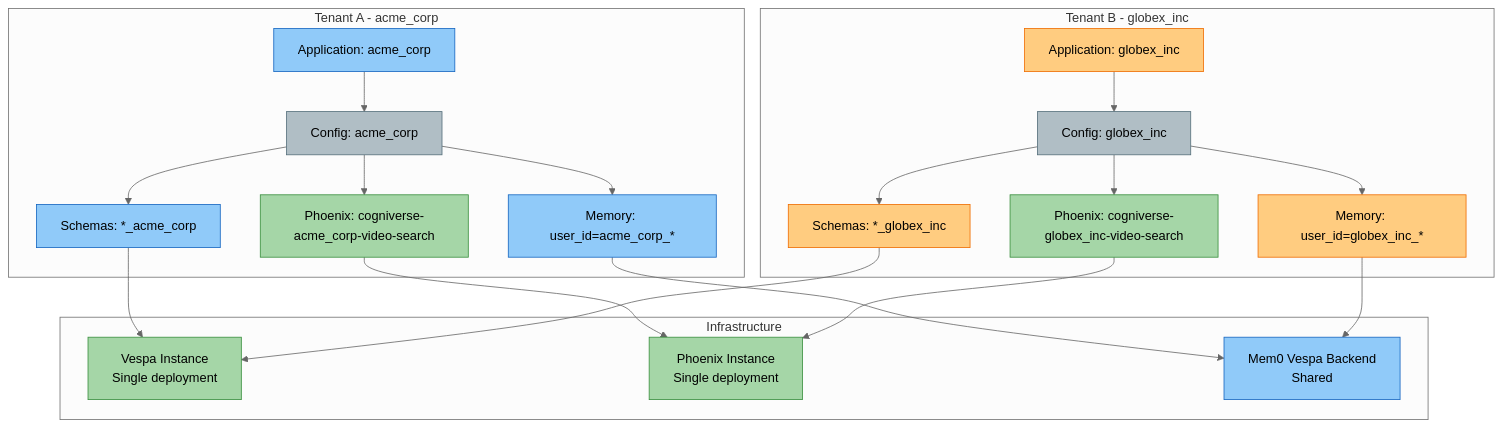
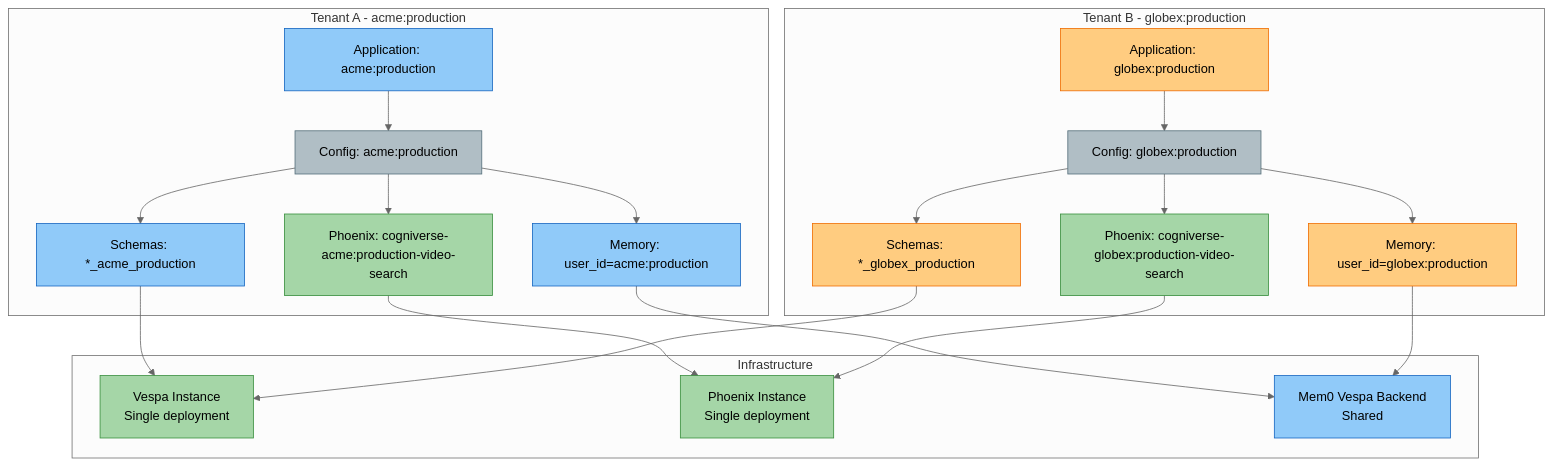
Before and after one commit to amit-jain/cogniverse: diagram 16 of 21 in docs/diagrams/multi-tenant-diagrams.md, drawn with Mermaid (neutral theme). The commit also changed other lines of this file and 50 other files, not shown here.

First line of the commit message:
Complete and verify docs against code with mermaid palette

````diff
--- a/docs/diagrams/multi-tenant-diagrams.md
+++ b/docs/diagrams/multi-tenant-diagrams.md
@@ -696,55 +712,55 @@
 ```mermaid
 flowchart TB
     subgraph "Infrastructure"
         Vespa["<span style='color:#000'>Vespa Instance<br/>Single deployment</span>"]
         Phoenix["<span style='color:#000'>Phoenix Instance<br/>Single deployment</span>"]
         Mem0Backend["<span style='color:#000'>Mem0 Vespa Backend<br/>Shared</span>"]
     end
 
-    subgraph "Tenant A - acme_corp"
-        AppA["<span style='color:#000'>Application: acme_corp</span>"]
-        ConfigA["<span style='color:#000'>Config: acme_corp</span>"]
-        SchemasA["<span style='color:#000'>Schemas: *_acme_corp</span>"]
-        ProjectA["<span style='color:#000'>Phoenix: cogniverse-acme_corp-video-search</span>"]
-        MemoryA["<span style='color:#000'>Memory: user_id=acme_corp_*</span>"]
+    subgraph "Tenant A - acme:production"
+        AppA["<span style='color:#000'>Application: acme:production</span>"]
+        ConfigA["<span style='color:#000'>Config: acme:production</span>"]
+        SchemasA["<span style='color:#000'>Schemas: *_acme_production</span>"]
+        ProjectA["<span style='color:#000'>Phoenix: cogniverse-acme:production-video-search</span>"]
+        MemoryA["<span style='color:#000'>Memory: user_id=acme:production</span>"]
     end
 
-    subgraph "Tenant B - globex_inc"
-        AppB["<span style='color:#000'>Application: globex_inc</span>"]
-        ConfigB["<span style='color:#000'>Config: globex_inc</span>"]
-        SchemasB["<span style='color:#000'>Schemas: *_globex_inc</span>"]
-        ProjectB["<span style='color:#000'>Phoenix: cogniverse-globex_inc-video-search</span>"]
-        MemoryB["<span style='color:#000'>Memory: user_id=globex_inc_*</span>"]
+    subgraph "Tenant B - globex:production"
+        AppB["<span style='color:#000'>Application: globex:production</span>"]
+        ConfigB["<span style='color:#000'>Config: globex:production</span>"]
+        SchemasB["<span style='color:#000'>Schemas: *_globex_production</span>"]
+        ProjectB["<span style='color:#000'>Phoenix: cogniverse-globex:production-video-search</span>"]
+        MemoryB["<span style='color:#000'>Memory: user_id=globex:production</span>"]
     end
 
     AppA --> ConfigA
     ConfigA --> SchemasA
     ConfigA --> ProjectA
     ConfigA --> MemoryA
 
     AppB --> ConfigB
     ConfigB --> SchemasB
     ConfigB --> ProjectB
     ConfigB --> MemoryB
 
     SchemasA --> Vespa
     SchemasB --> Vespa
     ProjectA --> Phoenix
     ProjectB --> Phoenix
     MemoryA --> Mem0Backend
     MemoryB --> Mem0Backend
 
     style Vespa fill:#a5d6a7,stroke:#388e3c,color:#000
     style Phoenix fill:#a5d6a7,stroke:#388e3c,color:#000
     style Mem0Backend fill:#90caf9,stroke:#1565c0,color:#000
     style AppA fill:#90caf9,stroke:#1565c0,color:#000
     style ConfigA fill:#b0bec5,stroke:#546e7a,color:#000
     style SchemasA fill:#90caf9,stroke:#1565c0,color:#000
     style ProjectA fill:#a5d6a7,stroke:#388e3c,color:#000
     style MemoryA fill:#90caf9,stroke:#1565c0,color:#000
     style AppB fill:#ffcc80,stroke:#ef6c00,color:#000
     style ConfigB fill:#b0bec5,stroke:#546e7a,color:#000
     style SchemasB fill:#ffcc80,stroke:#ef6c00,color:#000
     style ProjectB fill:#a5d6a7,stroke:#388e3c,color:#000
     style MemoryB fill:#ffcc80,stroke:#ef6c00,color:#000
 ```
````
